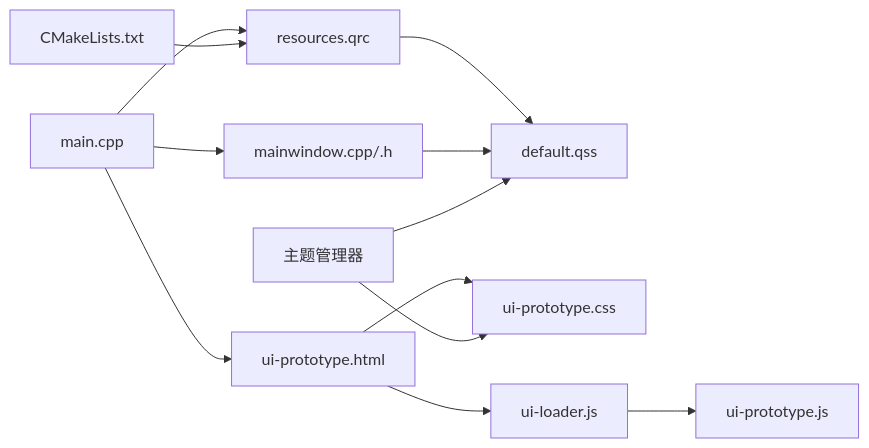
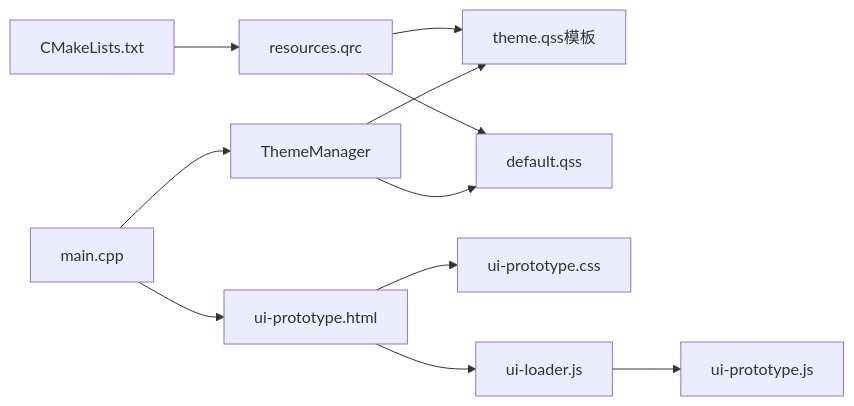
The third of 4 diagrams in .qoder/repowiki/zh/content/样式系统/样式系统.md (jakecai1225-design/OpenBus), drawn with Mermaid before and after one commit. The commit also changed other lines of this file and 71 other files, not shown here.

Commit message:
graphic trace

````diff
--- a/.qoder/repowiki/zh/content/样式系统/样式系统.md
+++ b/.qoder/repowiki/zh/content/样式系统/样式系统.md
@@ -282,14 +353,13 @@
 ```mermaid
 graph LR
-Main["main.cpp"] --> QRC["resources.qrc"]
-QRC --> QSS["default.qss"]
-Main --> UI["mainwindow.cpp/.h"]
+Main["main.cpp"] --> ThemeMgr["ThemeManager"]
+ThemeMgr --> Template["theme.qss模板"]
+ThemeMgr --> Default["default.qss"]
 Main --> Web["ui-prototype.html"]
 Web --> CSS["ui-prototype.css"]
 Web --> Loader["ui-loader.js"]
 Loader --> JS["ui-prototype.js"]
-CMake["CMakeLists.txt"] --> QRC
-UI --> QSS
-ThemeMgr["主题管理器"] --> QSS
-ThemeMgr --> CSS
+CMake["CMakeLists.txt"] --> QRC["resources.qrc"]
+QRC --> Template
+QRC --> Default
 ```
````
